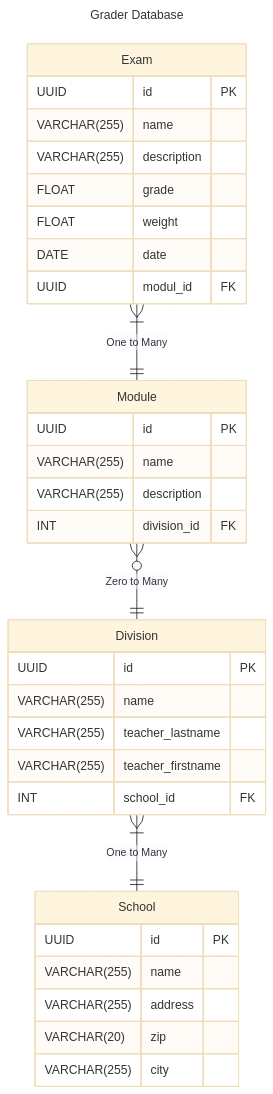
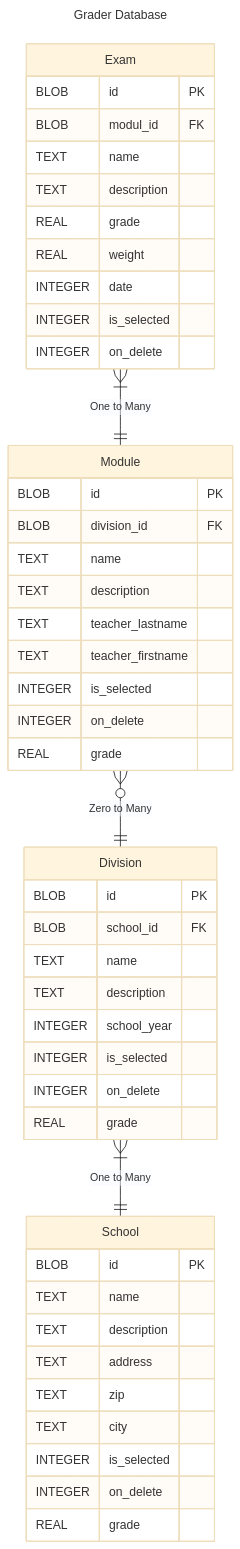
One commit to Timofey-Makhankov/Grader-App changed the diagram in README.md. Above: the diagram before and after it, drawn with Mermaid (base theme).

Commit message:
updated the README Schema

````diff
--- a/README.md
+++ b/README.md
@@ -17,42 +17,56 @@
 ```mermaid
 ---
 title: Grader Database
 ---
 erDiagram
     Exam{
-        UUID id PK
-        VARCHAR(255) name
-        VARCHAR(255) description
-        FLOAT grade
-        FLOAT weight
-        DATE date
-        UUID modul_id FK
+        BLOB id PK
+        BLOB modul_id FK
+        TEXT name
+        TEXT description
+        REAL grade
+        REAL weight
+        INTEGER date
+        INTEGER is_selected
+        INTEGER on_delete
     }
 
     Module{
-        UUID id PK
-        VARCHAR(255) name
-        VARCHAR(255) description
-        INT division_id FK
+        BLOB id PK
+        BLOB division_id FK
+        TEXT name
+        TEXT description
+        TEXT teacher_lastname
+        TEXT teacher_firstname
+        INTEGER is_selected
+        INTEGER on_delete
+        REAL grade
     }
 
     School{
-        UUID id PK
-        VARCHAR(255) name
-        VARCHAR(255) address
-        VARCHAR(20) zip
-        VARCHAR(255) city
+        BLOB id PK
+        TEXT name
+        TEXT description
+        TEXT address
+        TEXT zip
+        TEXT city
+        INTEGER is_selected
+        INTEGER on_delete
+        REAL grade
     }
 
     Division{
-        UUID id PK
-        VARCHAR(255) name
-        VARCHAR(255) teacher_lastname
-        VARCHAR(255) teacher_firstname
-        INT school_id FK
+        BLOB id PK
+        BLOB school_id FK
+        TEXT name
+        TEXT description
+        INTEGER school_year
+        INTEGER is_selected
+        INTEGER on_delete
+        REAL grade
     }
 
     Module}o--||Division : "Zero to Many"
     Division}|--||School : "One to Many"
     Exam}|--||Module : "One to Many"
 ```
````
